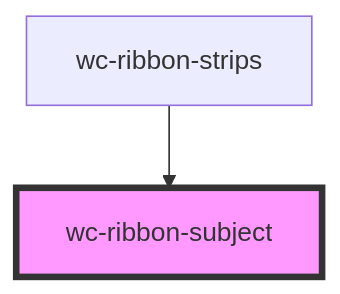
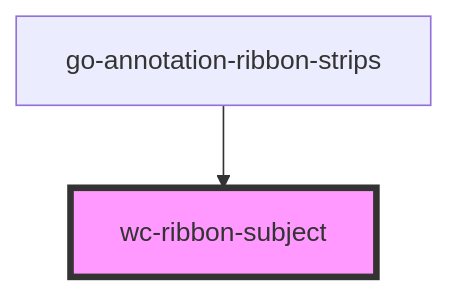
Before and after one commit to geneontology/web-components: the diagram in src/components/go-ribbon-subject/readme.md, drawn with Mermaid. The commit also changed other lines of this file and 11 other files, not shown here.

Commit message:
Rename wc-ribbon-strips to go-annotation-ribbon-strips

````diff
--- a/src/components/go-ribbon-subject/readme.md
+++ b/src/components/go-ribbon-subject/readme.md
@@ -29,5 +29,5 @@
 ```mermaid
 graph TD;
-  wc-ribbon-strips --> wc-ribbon-subject
+  go-annotation-ribbon-strips --> wc-ribbon-subject
   style wc-ribbon-subject fill:#f9f,stroke:#333,stroke-width:4px
 ```
````
